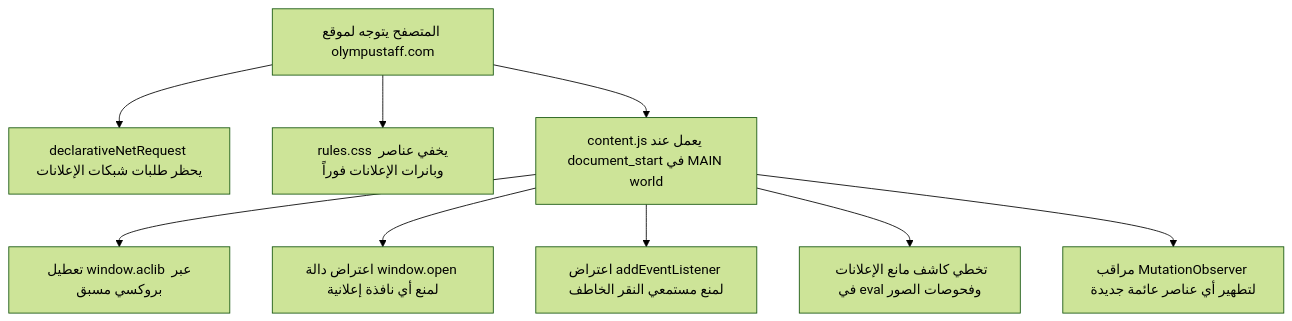
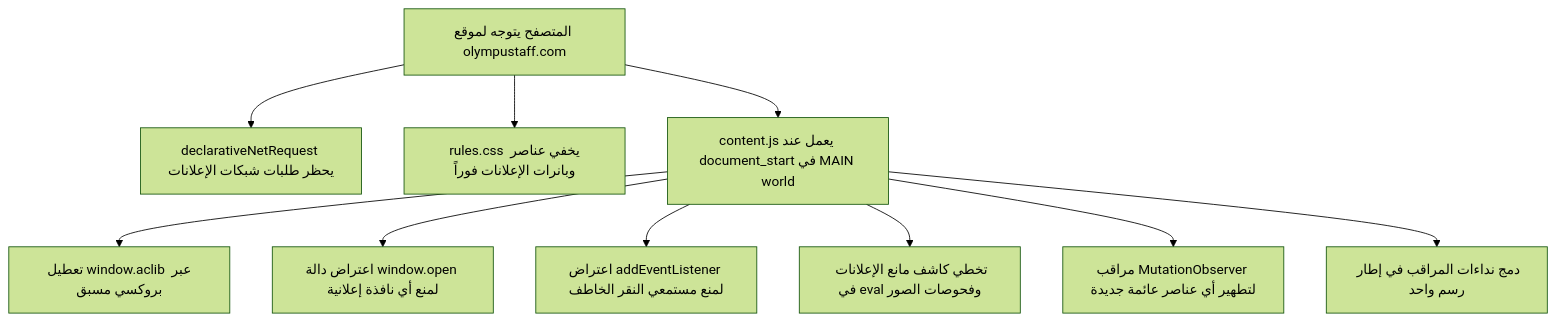
One commit to shadow-x78/teamx-adblock changed the diagram in docs/ARCHITECTURE_AR.md. Above: the diagram before and after it, drawn with Mermaid (forest theme). The commit also changed other lines of this file and 2 other files, not shown here.

````diff
--- a/docs/ARCHITECTURE_AR.md
+++ b/docs/ARCHITECTURE_AR.md
@@ -34,11 +34,12 @@
 ```mermaid
 flowchart TD
     A[المتصفح يتوجه لموقع olympustaff.com] --> B[declarativeNetRequest يحظر طلبات شبكات الإعلانات]
     A --> C[rules.css يخفي عناصر وبانرات الإعلانات فوراً]
     A --> D[content.js يعمل عند document_start في MAIN world]
     D --> E[تعطيل window.aclib عبر بروكسي مسبق]
     D --> F[اعتراض دالة window.open لمنع أي نافذة إعلانية]
     D --> G[اعتراض addEventListener لمنع مستمعي النقر الخاطف]
     D --> H[تخطي كاشف مانع الإعلانات في eval وفحوصات الصور]
     D --> I[مراقب MutationObserver لتطهير أي عناصر عائمة جديدة]
+    D --> J[دمج نداءات المراقب في إطار رسم واحد]
 ```
````
